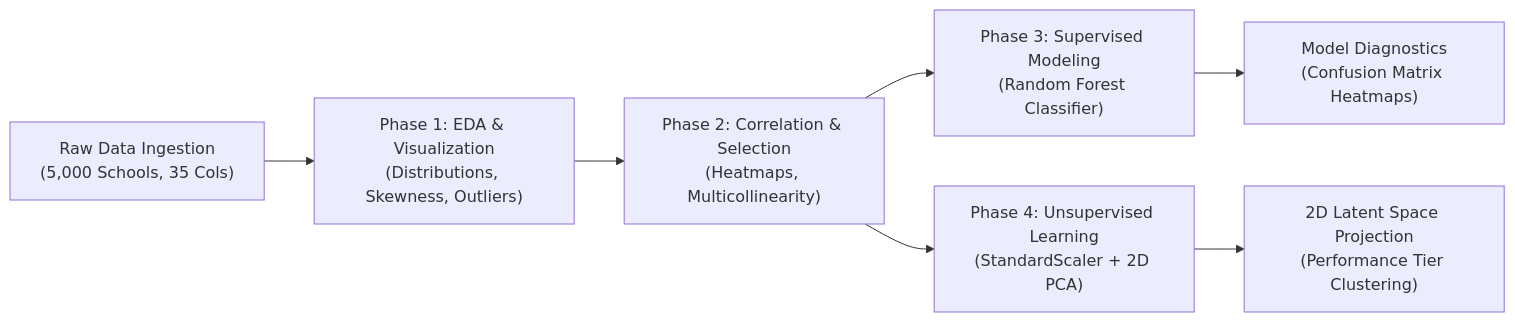
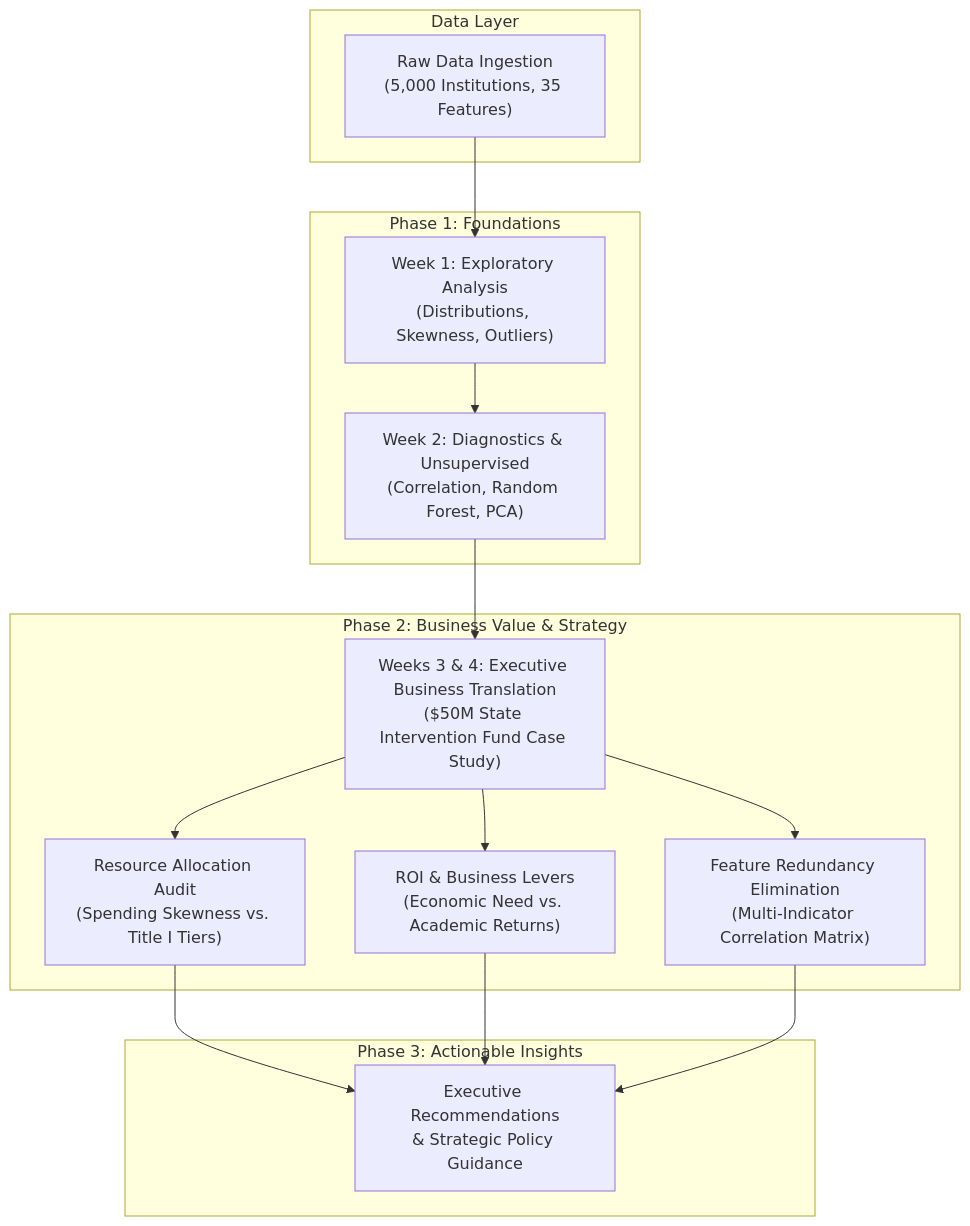
One commit to Ecoplex82/Third_semester_Baraka_Altschool_2026 changed the diagram in README.md. Above: the diagram before and after it, drawn with Mermaid. The commit also changed other lines of this file and 1 other file, not shown here.

Commit message:
docs & feat: track weeks 3 & 4 business-valued ML visualization activities and update portfolio README

````diff
--- a/README.md
+++ b/README.md
@@ -28,9 +28,22 @@
 ```mermaid
-flowchart LR
-    A["Raw Data Ingestion<br>(5,000 Schools, 35 Cols)"] --> B["Phase 1: EDA & Visualization<br>(Distributions, Skewness, Outliers)"]
-    B --> C["Phase 2: Correlation & Selection<br>(Heatmaps, Multicollinearity)"]
-    C --> D["Phase 3: Supervised Modeling<br>(Random Forest Classifier)"]
-    C --> E["Phase 4: Unsupervised Learning<br>(StandardScaler + 2D PCA)"]
-    D --> F["Model Diagnostics<br>(Confusion Matrix Heatmaps)"]
-    E --> G["2D Latent Space Projection<br>(Performance Tier Clustering)"]
+flowchart TD
+    subgraph Data Layer
+        A["Raw Data Ingestion<br>(5,000 Institutions, 35 Features)"]
+    end
+
+    subgraph Phase 1: Foundations
+        A --> B["Week 1: Exploratory Analysis<br>(Distributions, Skewness, Outliers)"]
+        B --> C["Week 2: Diagnostics & Unsupervised<br>(Correlation, Random Forest, PCA)"]
+    end
+
+    subgraph Phase 2: Business Value & Strategy
+        C --> D["Weeks 3 & 4: Executive Business Translation<br>($50M State Intervention Fund Case Study)"]
+        D --> E["Resource Allocation Audit<br>(Spending Skewness vs. Title I Tiers)"]
+        D --> F["ROI & Business Levers<br>(Economic Need vs. Academic Returns)"]
+        D --> G["Feature Redundancy Elimination<br>(Multi-Indicator Correlation Matrix)"]
+    end
+
+    subgraph Phase 3: Actionable Insights
+        E & F & G --> H["Executive Recommendations<br>& Strategic Policy Guidance"]
+    end
 ```
````
